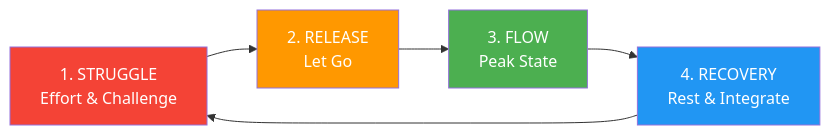
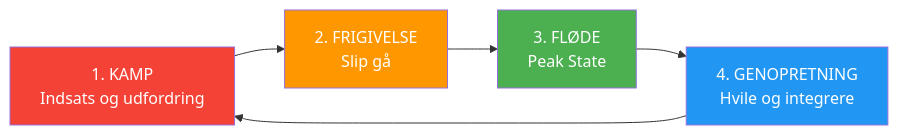
Before and after one commit to patwii/petanque-academy: the second of 2 diagrams in docs/da/articles/flow-state-science.md, drawn with Mermaid. The commit also changed other lines of this file and 550 other files, not shown here.

````diff
--- a/docs/da/articles/flow-state-science.md
+++ b/docs/da/articles/flow-state-science.md
@@ -156,12 +156,12 @@
 ```mermaid
 flowchart LR
-    A[1. STRUGGLE<br/>Effort & Challenge] --> B[2. RELEASE<br/>Let Go]
-    B --> C[3. FLOW<br/>Peak State]
-    C --> D[4. RECOVERY<br/>Rest & Integrate]
+    A[1. KAMP <br/> Indsats og udfordring] --> B[2. FRIGIVELSE <br/> Slip gå]
+    B --> C[3. FLØDE <br/> Peak State]
+    C --> D[4. GENOPRETNING <br/> Hvile og integrere]
     D --> A
 
     style A fill:#f44336,color:#fff
     style B fill:#FF9800,color:#fff
     style C fill:#4CAF50,color:#fff
     style D fill:#2196F3,color:#fff
 ```
````
